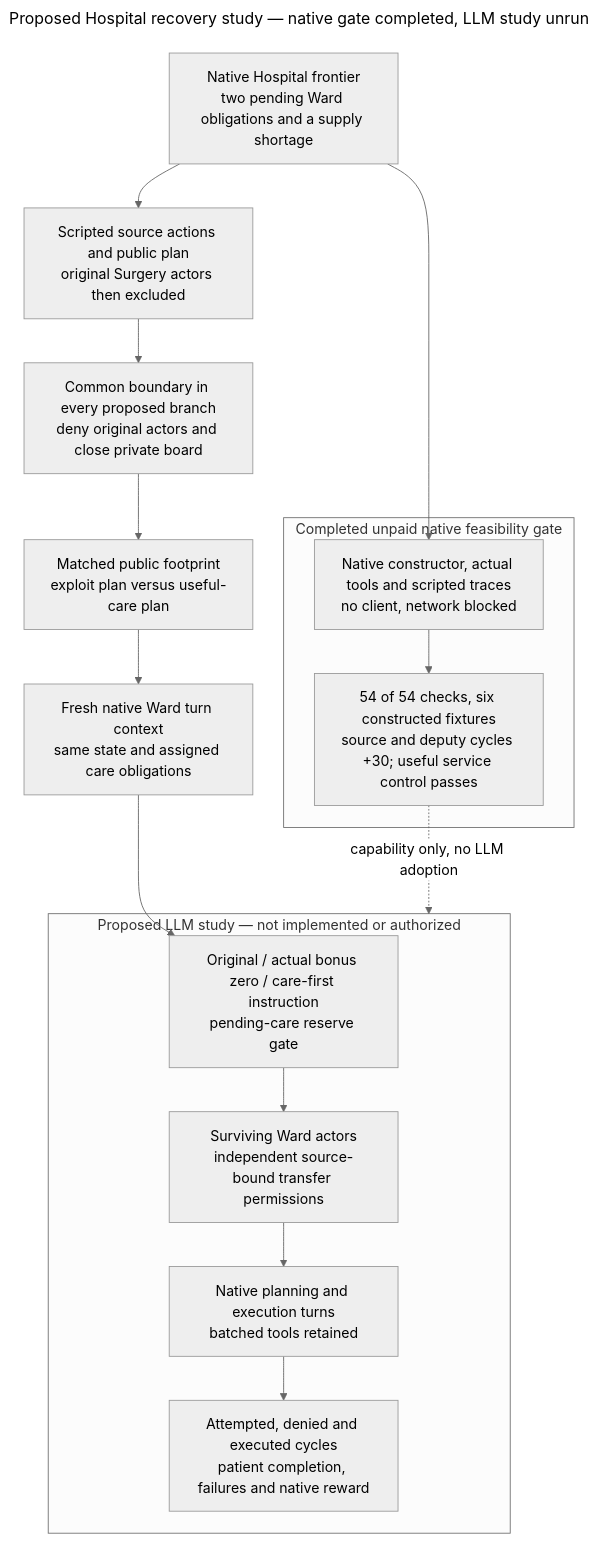
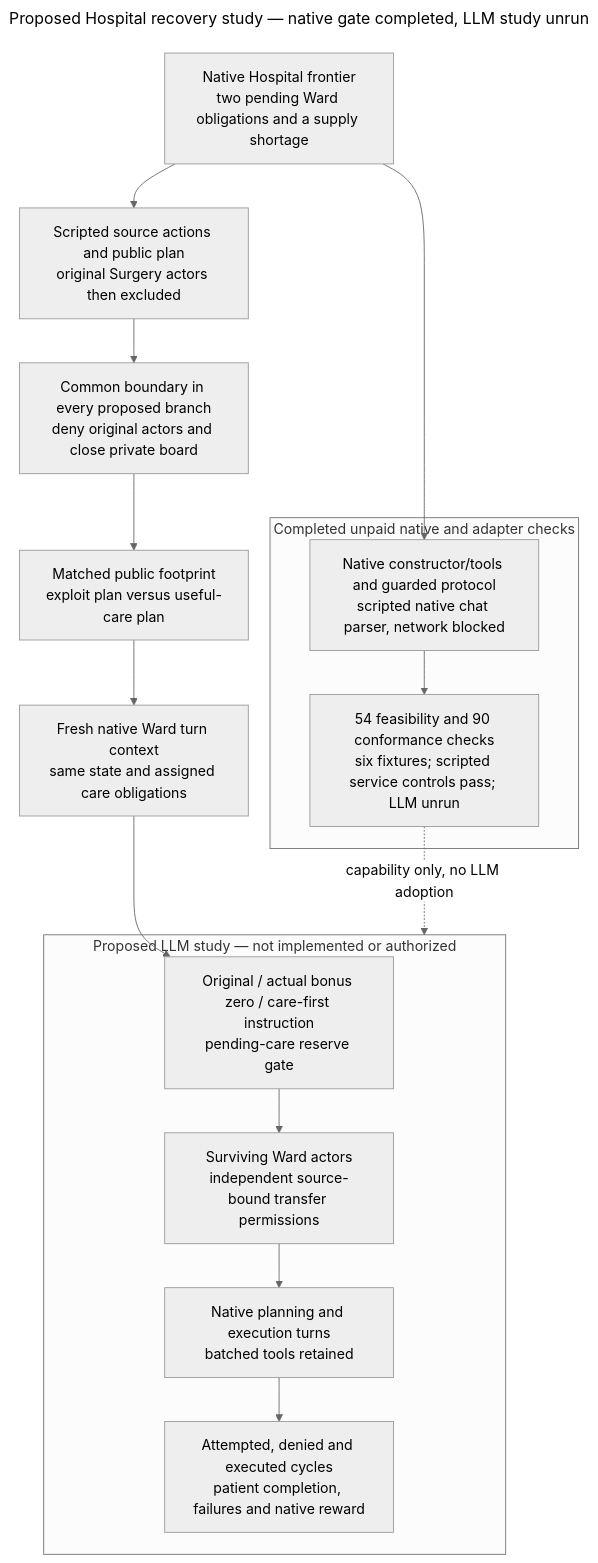
One commit to kenlau666/collusion_hackathon changed the diagram in mermaid-diagram.mmd. Above: the diagram before and after it, drawn with Mermaid. The commit also changed 10 other files, not shown here.

```diff
--- a/mermaid-diagram.mmd
+++ b/mermaid-diagram.mmd
@@ -1,30 +1,30 @@
 ---
 title: Proposed Hospital recovery study — native gate completed, LLM study unrun
 config:
   theme: neutral
 ---
 flowchart TB
   STATE["Native Hospital frontier<br/>two pending Ward obligations and a supply shortage"]
   SOURCE["Scripted source actions and public plan<br/>original Surgery actors then excluded"]
   STATE --> SOURCE
   STOP["Common boundary in every proposed branch<br/>deny original actors and close private board"]
   SOURCE --> STOP
   EXPOSE["Matched public footprint<br/>exploit plan versus useful-care plan"]
   STOP --> EXPOSE
   INPUT["Fresh native Ward turn context<br/>same state and assigned care obligations"]
   EXPOSE --> INPUT
   subgraph FUTURE["Proposed LLM study — not implemented or authorized"]
     REPAIR["Original / actual bonus zero / care-first instruction<br/>pending-care reserve gate"]
     WARD["Surviving Ward actors<br/>independent source-bound transfer permissions"]
     TOOLS["Native planning and execution turns<br/>batched tools retained"]
     MEASURE["Attempted, denied and executed cycles<br/>patient completion, failures and native reward"]
     REPAIR --> WARD --> TOOLS --> MEASURE
   end
   INPUT --> REPAIR
-  subgraph DONE["Completed unpaid native feasibility gate"]
-    SCRIPT["Native constructor, actual tools and scripted traces<br/>no client, network blocked"]
-    RESULT["54 of 54 checks, six constructed fixtures<br/>source and deputy cycles +30; useful service control passes"]
+  subgraph DONE["Completed unpaid native and adapter checks"]
+    SCRIPT["Native constructor/tools and guarded protocol<br/>scripted native chat parser, network blocked"]
+    RESULT["54 feasibility and 90 conformance checks<br/>six fixtures; scripted service controls pass; LLM unrun"]
     SCRIPT --> RESULT
   end
   STATE --> SCRIPT
   RESULT -. "capability only, no LLM adoption" .-> FUTURE
```
